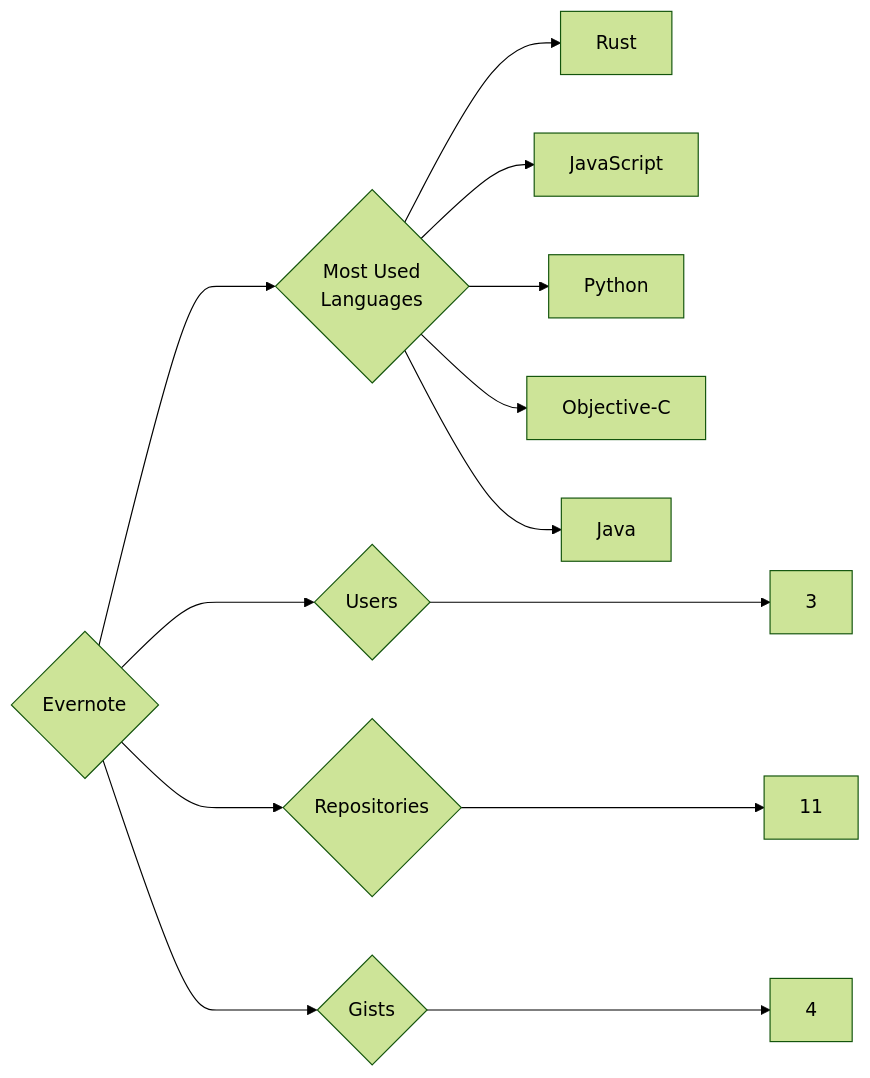
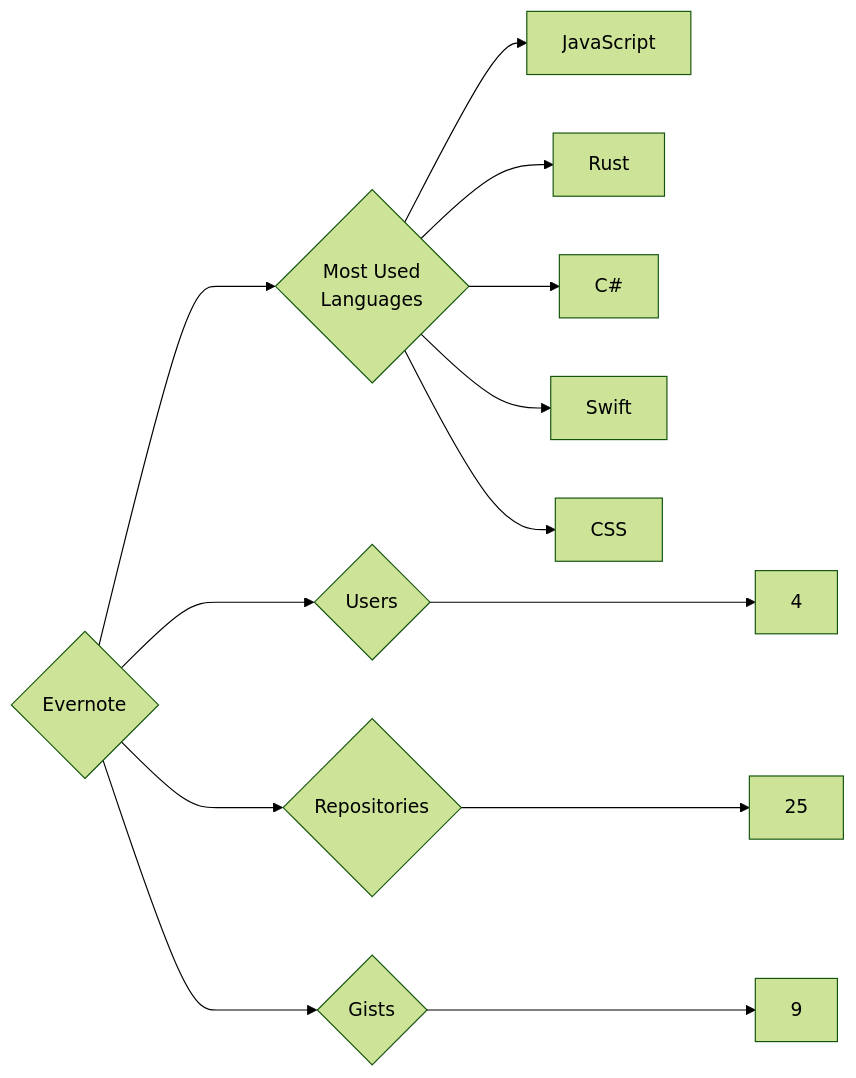
Before and after one commit to trickest/insiders: the diagram in targets/Evernote/README.md, drawn with Mermaid (forest theme). The commit also changed 553 other files, not shown here.

````diff
--- a/targets/Evernote/README.md
+++ b/targets/Evernote/README.md
@@ -3,13 +3,13 @@
 ```mermaid
 graph LR
 COMPANY_NAME{Evernote}
-COMPANY_NAME ---> U{Users} ---> UN[3]
-COMPANY_NAME ---> R{Repositories} ---> RN[11]
-COMPANY_NAME ---> G{Gists} ---> GN[4]
+COMPANY_NAME ---> U{Users} ---> UN[4]
+COMPANY_NAME ---> R{Repositories} ---> RN[25]
+COMPANY_NAME ---> G{Gists} ---> GN[9]
 COMPANY_NAME ---> ML{Most Used<br>Languages}
+ML --> JavaScript[JavaScript]
 ML --> Rust[Rust]
-ML --> JavaScript[JavaScript]
-ML --> Python[Python]
-ML --> Objective-C[Objective-C]
-ML --> Java[Java]
+ML --> C#[C#]
+ML --> Swift[Swift]
+ML --> CSS[CSS]
 ```
````
